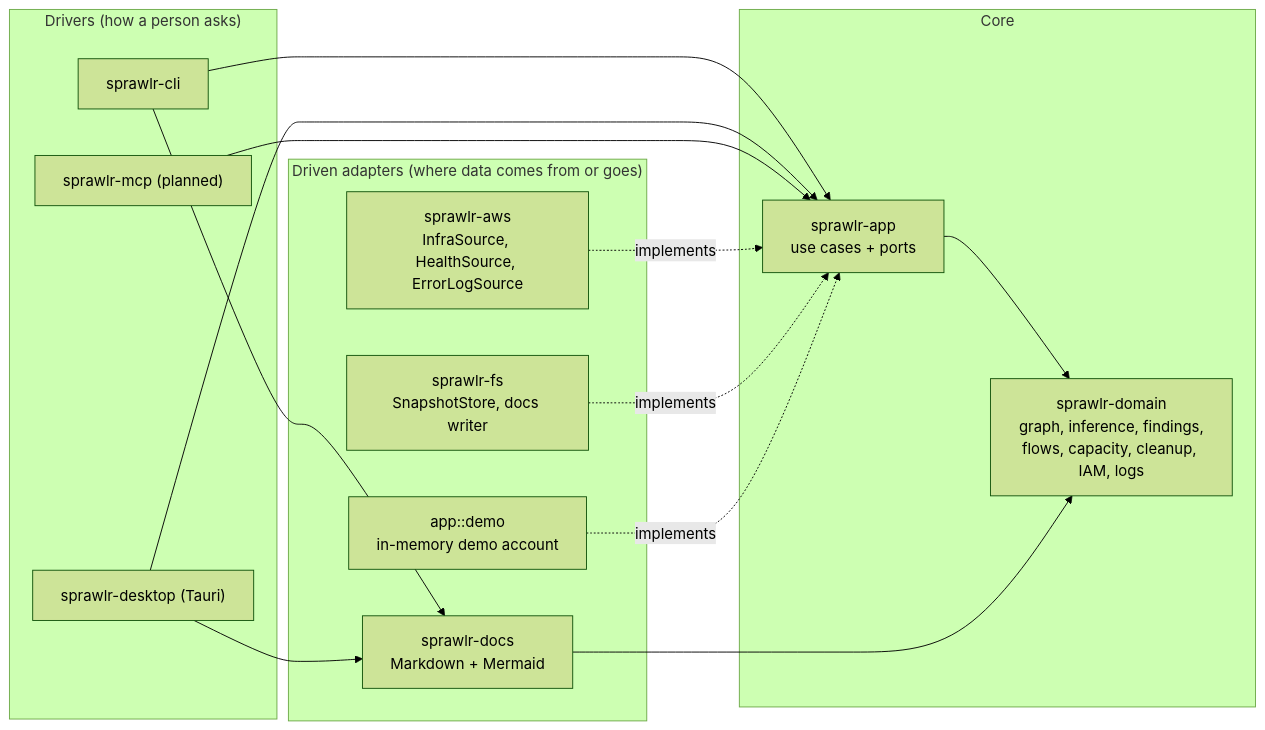
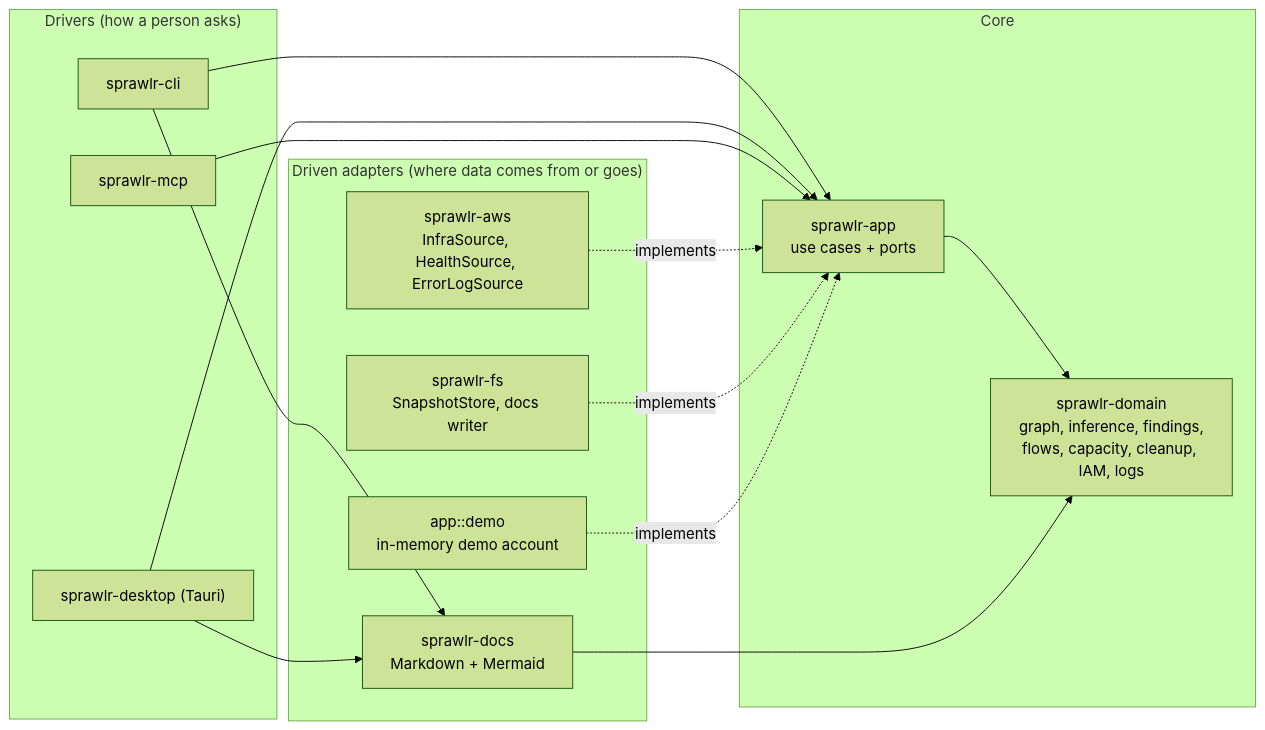
Before and after one commit to gonzaloan/sprawlr: the first of 2 diagrams in docs/architecture.md, drawn with Mermaid (forest theme). The commit also changed other lines of this file and 13 other files, not shown here.

First line of the commit message:
MCP server: ask sprawlr about the last scan from an agent

````diff
--- a/docs/architecture.md
+++ b/docs/architecture.md
@@ -5,28 +5,28 @@
 ```mermaid
 flowchart LR
   subgraph drivers["Drivers (how a person asks)"]
     cli["sprawlr-cli"]
     desk["sprawlr-desktop (Tauri)"]
-    mcp["sprawlr-mcp (planned)"]
+    mcp["sprawlr-mcp"]
   end
   subgraph core["Core"]
     app["sprawlr-app\nuse cases + ports"]
     dom["sprawlr-domain\ngraph, inference, findings,\nflows, capacity, cleanup, IAM, logs"]
   end
   subgraph adapters["Driven adapters (where data comes from or goes)"]
     aws["sprawlr-aws\nInfraSource, HealthSource, ErrorLogSource"]
     fs["sprawlr-fs\nSnapshotStore, docs writer"]
     demo["app::demo\nin-memory demo account"]
     docs["sprawlr-docs\nMarkdown + Mermaid"]
   end
   cli --> app
   desk --> app
   mcp --> app
   app --> dom
   aws -. implements .-> app
   fs -. implements .-> app
   demo -. implements .-> app
   docs --> dom
   cli --> docs
   desk --> docs
 ```
````
